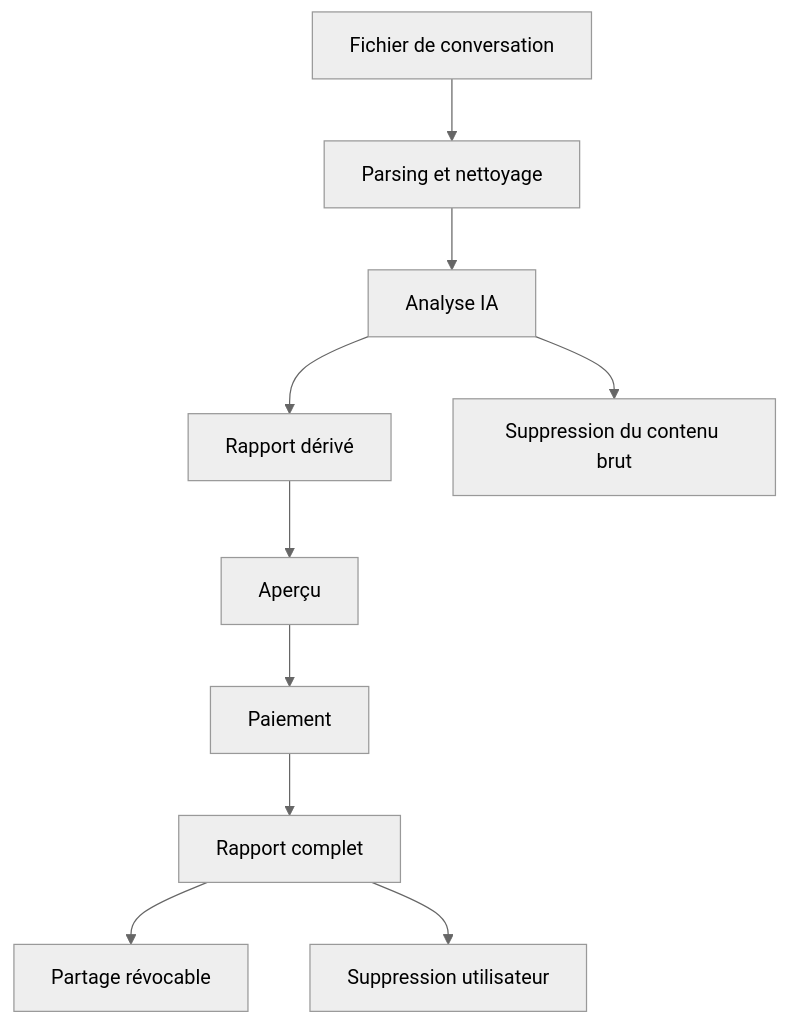
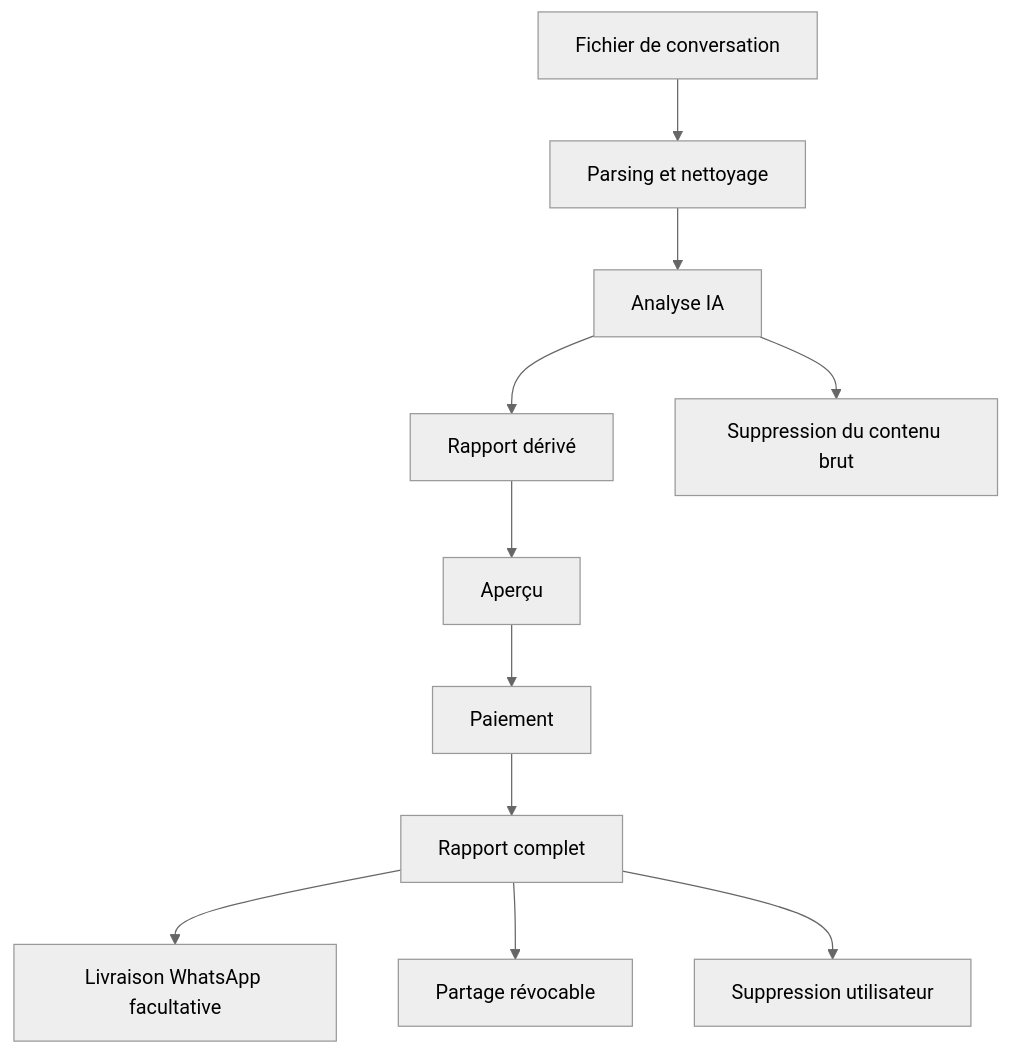
The second of 3 diagrams in Brief.md (RolandVrignon/roastin-has-notes), drawn with Mermaid (neutral theme) before and after one commit. The commit also changed other lines of this file and 133 other files, not shown here.

````diff
--- a/Brief.md
+++ b/Brief.md
@@ -1440,12 +1530,13 @@
 ```mermaid
 flowchart TD
     A[Fichier de conversation] --> B[Parsing et nettoyage]
     B --> C[Analyse IA]
     C --> D[Rapport dérivé]
     C --> E[Suppression du contenu brut]
     D --> F[Aperçu]
     F --> G[Paiement]
     G --> H[Rapport complet]
-    H --> I[Partage révocable]
-    H --> J[Suppression utilisateur]
+    H --> I[Livraison WhatsApp facultative]
+    H --> J[Partage révocable]
+    H --> K[Suppression utilisateur]
 ```
````
